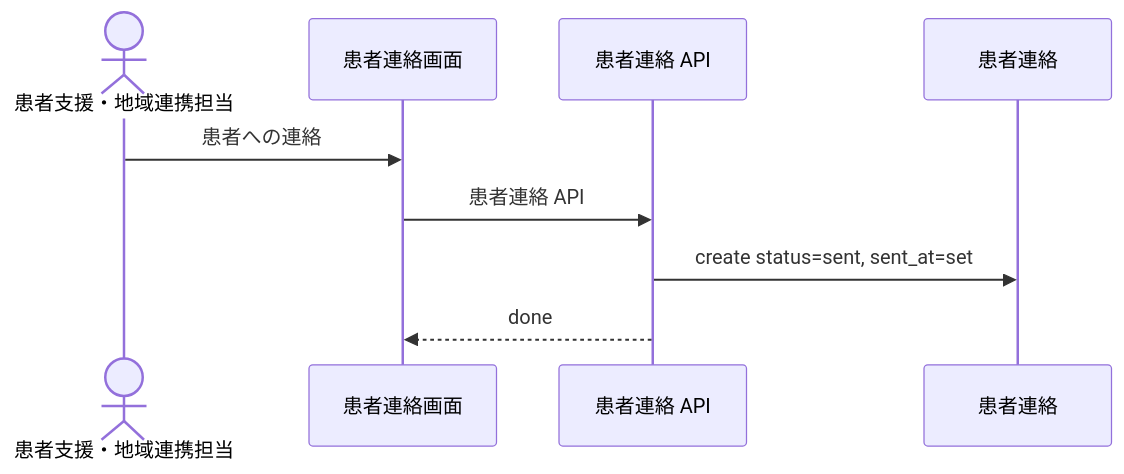
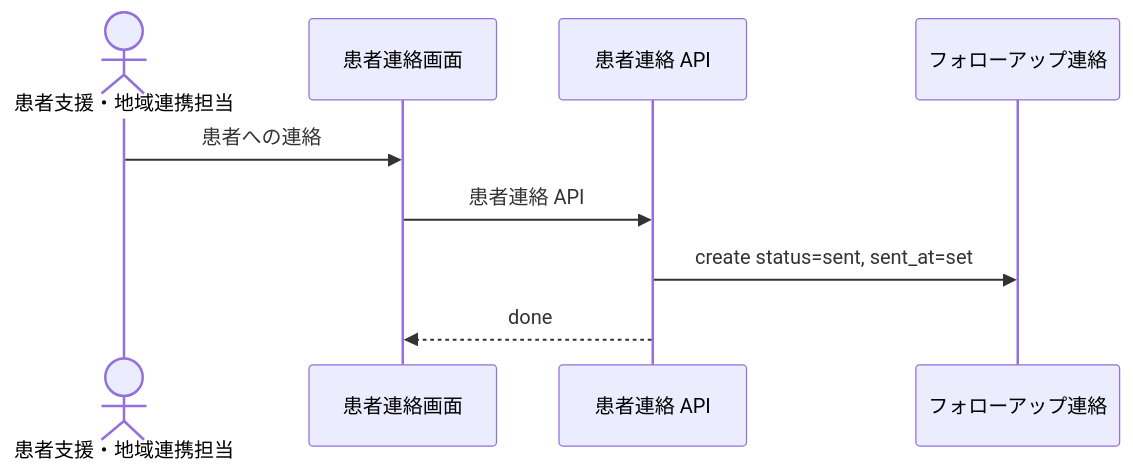
Before and after one commit to manji-0/rdra-ish-dsl: the diagram in samples/clinic-ops/out/uc/sequence_SendFollowUpMessage.mmd, drawn with Mermaid. The commit also changed 19 other files, not shown here.

```diff
--- a/samples/clinic-ops/out/uc/sequence_SendFollowUpMessage.mmd
+++ b/samples/clinic-ops/out/uc/sequence_SendFollowUpMessage.mmd
@@ -1,12 +1,12 @@
 %% rdra-ish diagram=sequence scope=usecase:SendFollowUpMessage model=samples/clinic-ops
 %% kinds: actor screen api entity
 %% omitted: buc step medium permission
 sequenceDiagram
   actor actor__CareCoordinator as 患者支援・地域連携担当
   participant screen__PatientMessageScreen as 患者連絡画面
   participant api__SendFollowUpMessageApi as 患者連絡 API
-  participant entity__PatientMessage as 患者連絡
+  participant entity__FollowUpMessage as フォローアップ連絡
   actor__CareCoordinator ->> screen__PatientMessageScreen: 患者への連絡
   screen__PatientMessageScreen ->> api__SendFollowUpMessageApi: 患者連絡 API
-  api__SendFollowUpMessageApi ->> entity__PatientMessage: create status=sent, sent_at=set
+  api__SendFollowUpMessageApi ->> entity__FollowUpMessage: create status=sent, sent_at=set
   api__SendFollowUpMessageApi -->> screen__PatientMessageScreen: done
```
